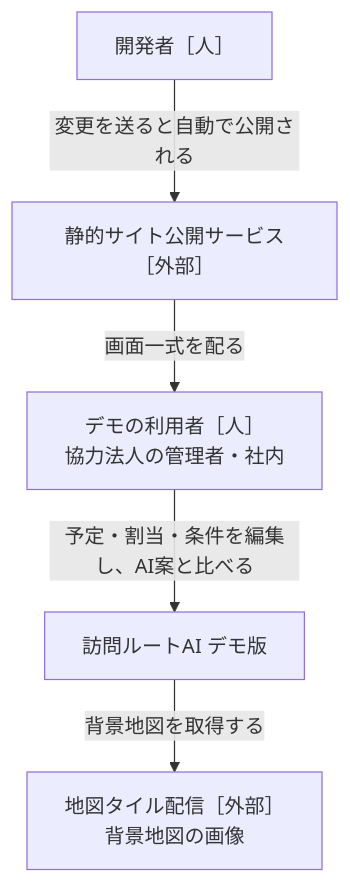
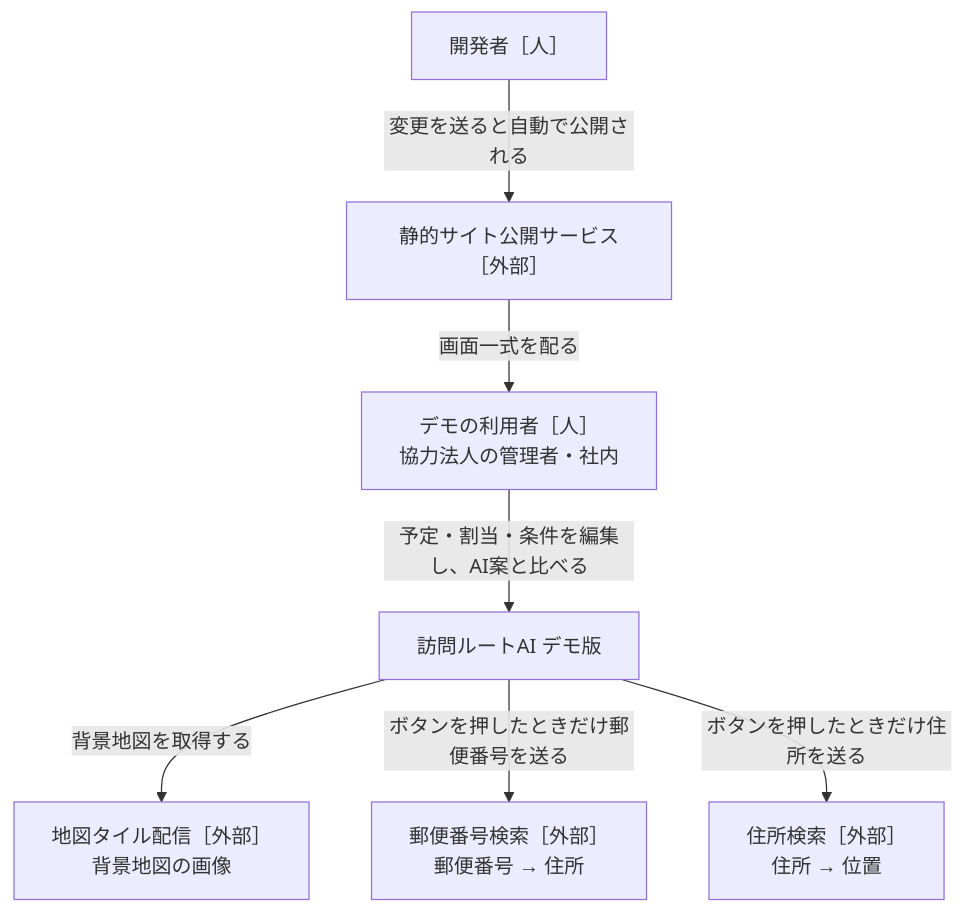
One commit to katahimo-dev/visit-route-demo changed the first of 3 diagrams in docs/design.md. Above: the diagram before and after it, drawn with Mermaid. The commit also changed other lines of this file and 23 other files, not shown here.

First line of the commit message:
〈利用者さん〉の郵便番号→住所の補完と、住所→地図のピン（PRD D86〜D90。ADR-0016）

````diff
--- a/docs/design.md
+++ b/docs/design.md
@@ -33,12 +33,16 @@
 ```mermaid
 flowchart TB
   user["デモの利用者［人］<br/>協力法人の管理者・社内"]
   dev["開発者［人］"]
   sys["訪問ルートAI デモ版"]
   tiles["地図タイル配信［外部］<br/>背景地図の画像"]
   host["静的サイト公開サービス［外部］"]
+  zip["郵便番号検索［外部］<br/>郵便番号 → 住所"]
+  geo["住所検索［外部］<br/>住所 → 位置"]
   user -->|予定・割当・条件を編集し、AI案と比べる| sys
   sys -->|背景地図を取得する| tiles
+  sys -->|ボタンを押したときだけ郵便番号を送る| zip
+  sys -->|ボタンを押したときだけ住所を送る| geo
   dev -->|変更を送ると自動で公開される| host
   host -->|画面一式を配る| user
 ```
````
